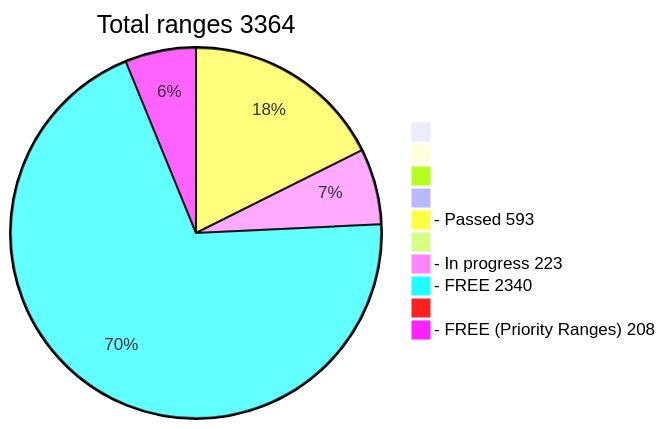
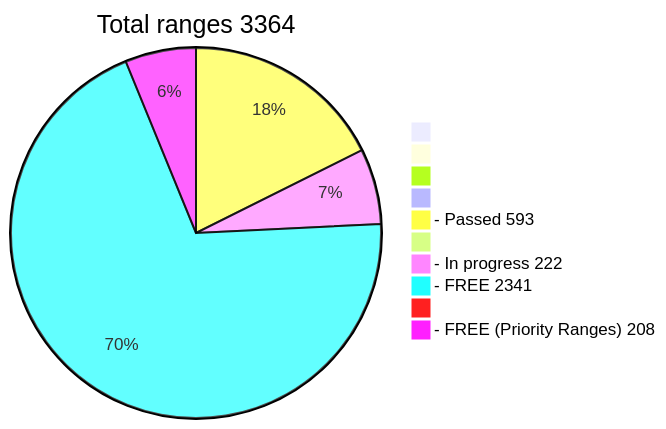
One commit to phrutis/wif500 changed the diagram in README.md. Above: the diagram before and after it, drawn with Mermaid.

````diff
--- a/README.md
+++ b/README.md
@@ -16,13 +16,13 @@
 ```mermaid
 pie title Total ranges 3364
              " " : 0
             "  " : 0
            "   " : 0
           "    " : 0
   "- Passed 593" : 593
          "     " : 0
-  "- In progress 223" : 223
-   "- FREE 2340" : 2340
+  "- In progress 222" : 222
+   "- FREE 2341" : 2341
         "      " : 0
   "- FREE (Priority Ranges) 208" : 208
 ```
````
